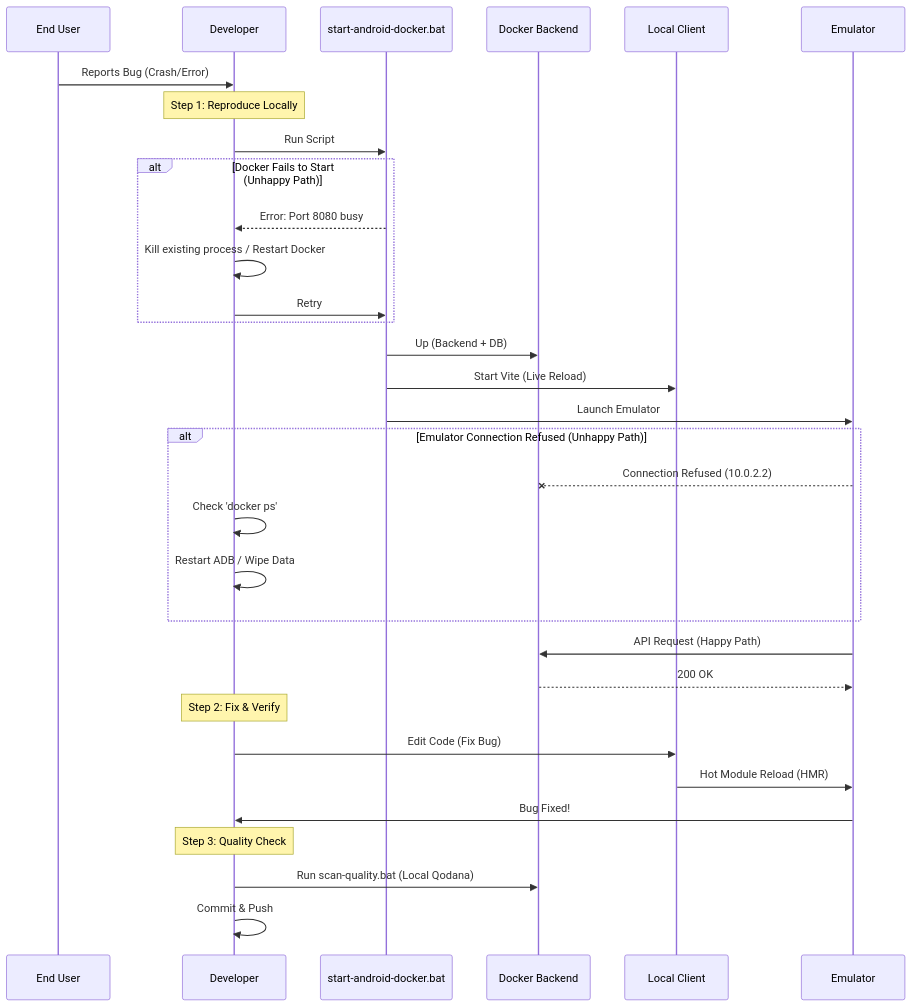
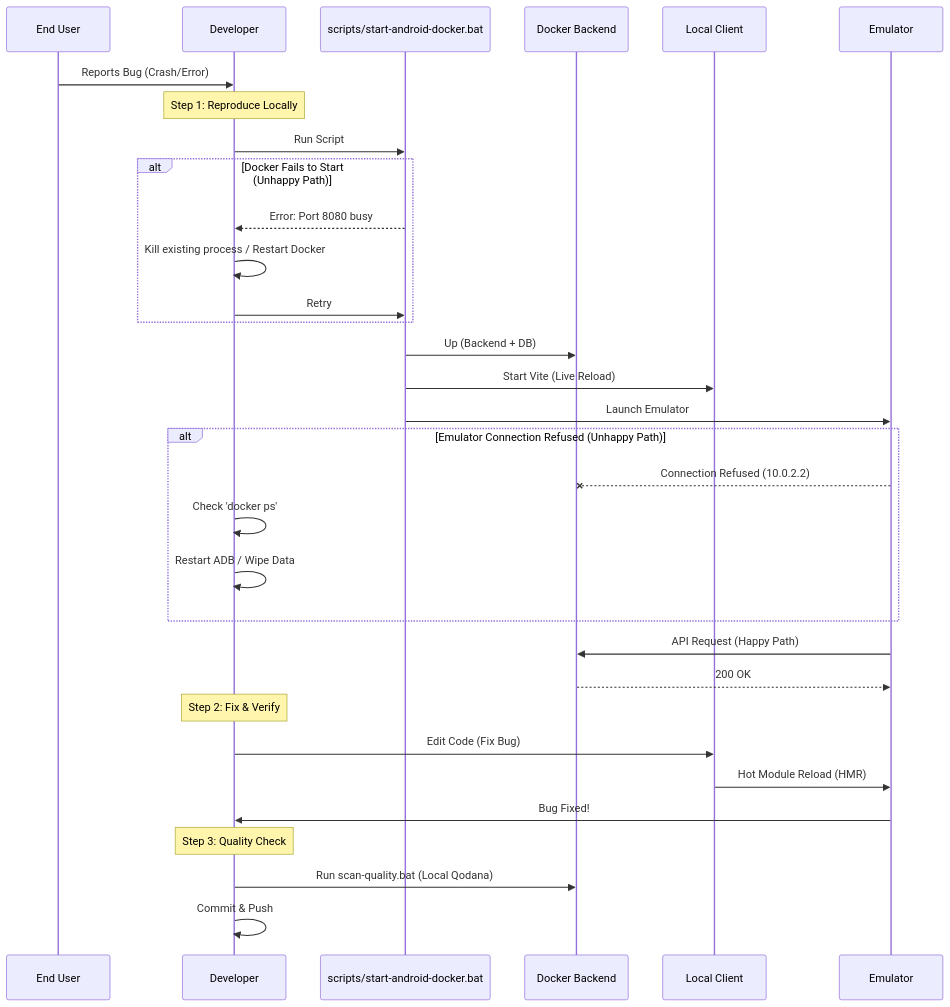
Before and after one commit to ihkaru/cerdas: the first of 5 diagrams in docs/WORKFLOW_AND_DEBUGGING.md, drawn with Mermaid. The commit also changed other lines of this file and 62 other files, not shown here.

````diff
--- a/docs/WORKFLOW_AND_DEBUGGING.md
+++ b/docs/WORKFLOW_AND_DEBUGGING.md
@@ -25,43 +25,43 @@
 ```mermaid
 sequenceDiagram
     participant User as End User
     participant Dev as Developer
-    participant Script as start-android-docker.bat
+    participant Script as scripts/start-android-docker.bat
     participant Docker as Docker Backend
     participant Client as Local Client
     participant Emu as Emulator
     
     User->>Dev: Reports Bug (Crash/Error)
     
     Note over Dev: Step 1: Reproduce Locally
     Dev->>Script: Run Script
     
     alt Docker Fails to Start (Unhappy Path)
         Script-->>Dev: Error: Port 8080 busy
         Dev->>Dev: Kill existing process / Restart Docker
         Dev->>Script: Retry
     end
 
     Script->>Docker: Up (Backend + DB)
     Script->>Client: Start Vite (Live Reload)
     Script->>Emu: Launch Emulator
     
     alt Emulator Connection Refused (Unhappy Path)
         Emu--xDocker: Connection Refused (10.0.2.2)
         Dev->>Dev: Check 'docker ps'
         Dev->>Dev: Restart ADB / Wipe Data
     end
 
     Emu->>Docker: API Request (Happy Path)
     Docker-->>Emu: 200 OK
     
     Note over Dev: Step 2: Fix & Verify
     Dev->>Client: Edit Code (Fix Bug)
     Client->>Emu: Hot Module Reload (HMR)
     Emu->>Dev: Bug Fixed!
 
     Note over Dev: Step 3: Quality Check
     Dev->>Docker: Run scan-quality.bat (Local Qodana)
     
     Dev->>Dev: Commit & Push
 ```
````
